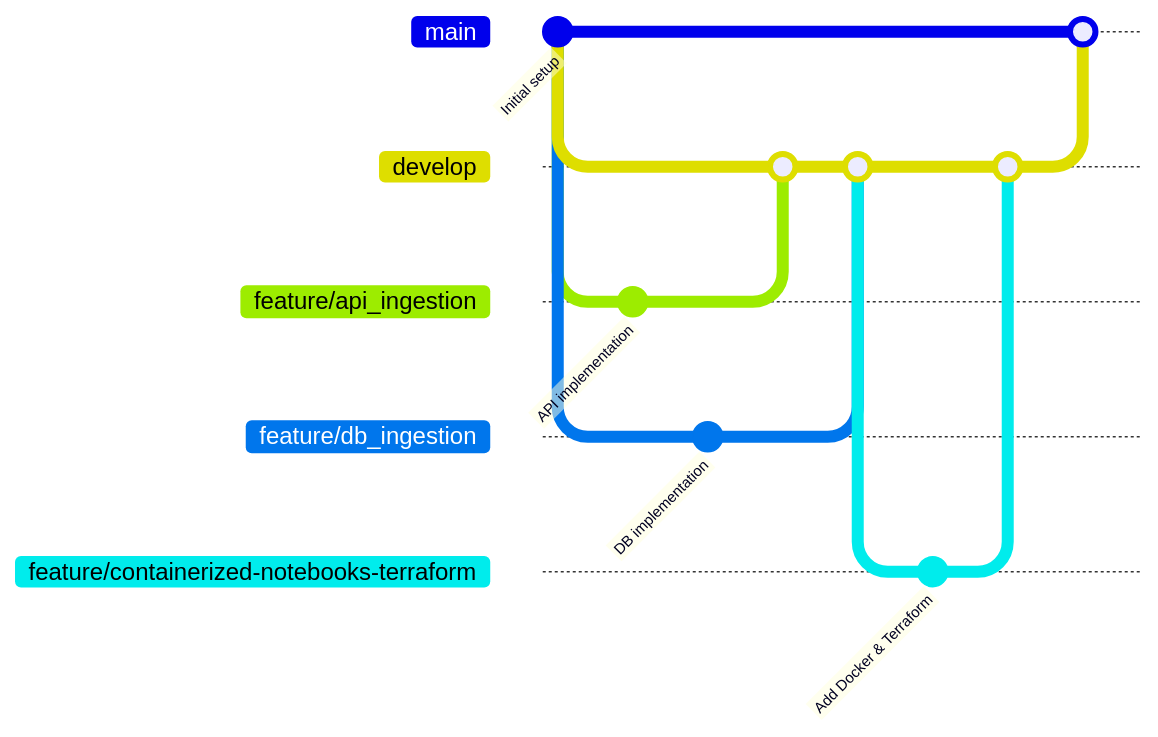
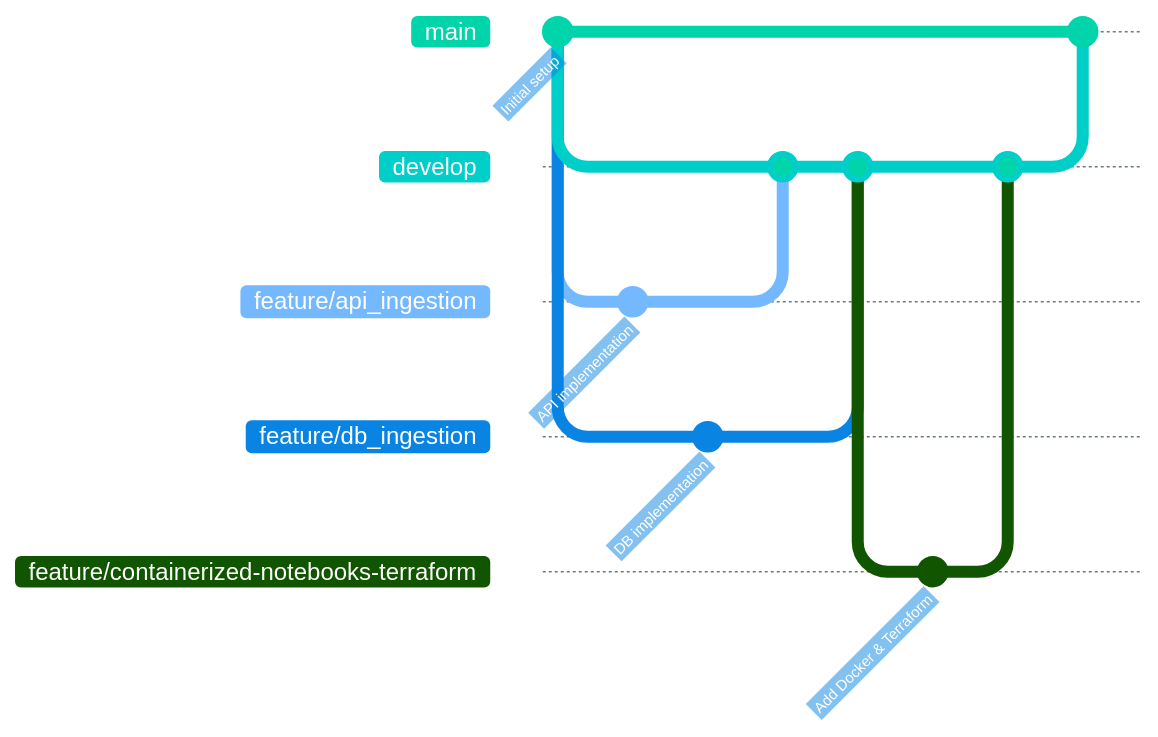
Before and after one commit to TinyHero13/Adventure-Works-Data-Pipeline: the second of 2 diagrams in README.md, drawn with Mermaid.

Commit message:
docs: adjusting git graph colors

````diff
--- a/README.md
+++ b/README.md
@@ -148,30 +148,64 @@
 ```mermaid
-gitGraph:
+%%{init: {
+  'theme': 'base',
+  'themeVariables': {
+    'primaryColor': '#00d4aa',
+    'primaryTextColor': '#ffffff',
+    'primaryBorderColor': '#00b894',
+    'lineColor': '#6c7b7f',
+    'secondaryColor': '#0984e3',
+    'tertiaryColor': '#00cec9',
+    'background': '#0d1117',
+    'mainBranch': '#00d4aa',
+    'secondBranch': '#00cec9',
+    'c0': '#00d4aa',
+    'c1': '#00cec9',
+    'c2': '#74b9ff',
+    'c3': '#0984e3',
+    'c4': '#00b894',
+    'c5': '#55a3ff',
+    'c6': '#81ecec',
+    'cScale0': '#ffffff',
+    'cScale1': '#ffffff',
+    'cScale2': '#ffffff',
+    'git0': '#00d4aa',
+    'git1': '#00cec9',
+    'git2': '#74b9ff',
+    'git3': '#0984e3',
+    'gitBranchLabel0': '#ffffff',
+    'gitBranchLabel1': '#ffffff',
+    'gitBranchLabel2': '#ffffff',
+    'gitBranchLabel3': '#ffffff',
+    'commitLabelFontSize': '10px',
+    'commitLabelColor': '#ffffff'
+  }
+}}%%
+
+gitGraph
     commit id: "Initial setup"
     branch develop
     checkout develop
     
     branch feature/api_ingestion
     checkout feature/api_ingestion
     commit id: "API implementation"
     
     checkout develop
-    branch feature/db_ingestion  
+    branch feature/db_ingestion
     checkout feature/db_ingestion
     commit id: "DB implementation"
     
     checkout develop
     merge feature/api_ingestion
     merge feature/db_ingestion
     
     branch feature/containerized-notebooks-terraform
     checkout feature/containerized-notebooks-terraform
     commit id: "Add Docker & Terraform"
-
+    
     checkout develop
     merge feature/containerized-notebooks-terraform
-
+    
     checkout main
     merge develop
-
 ```
````
